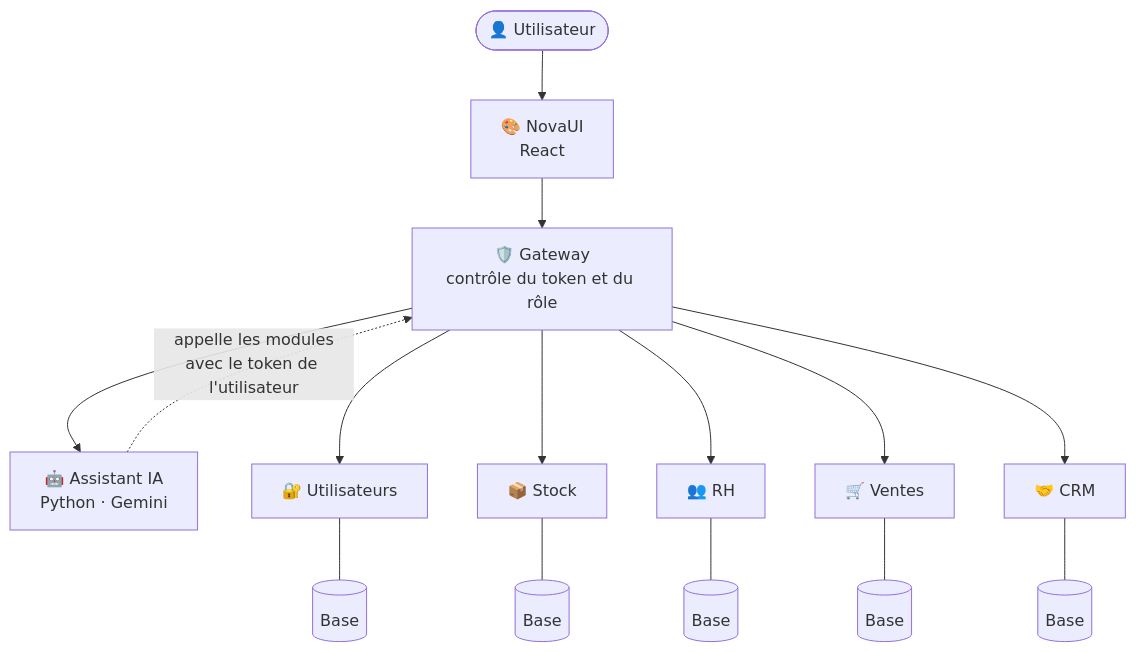
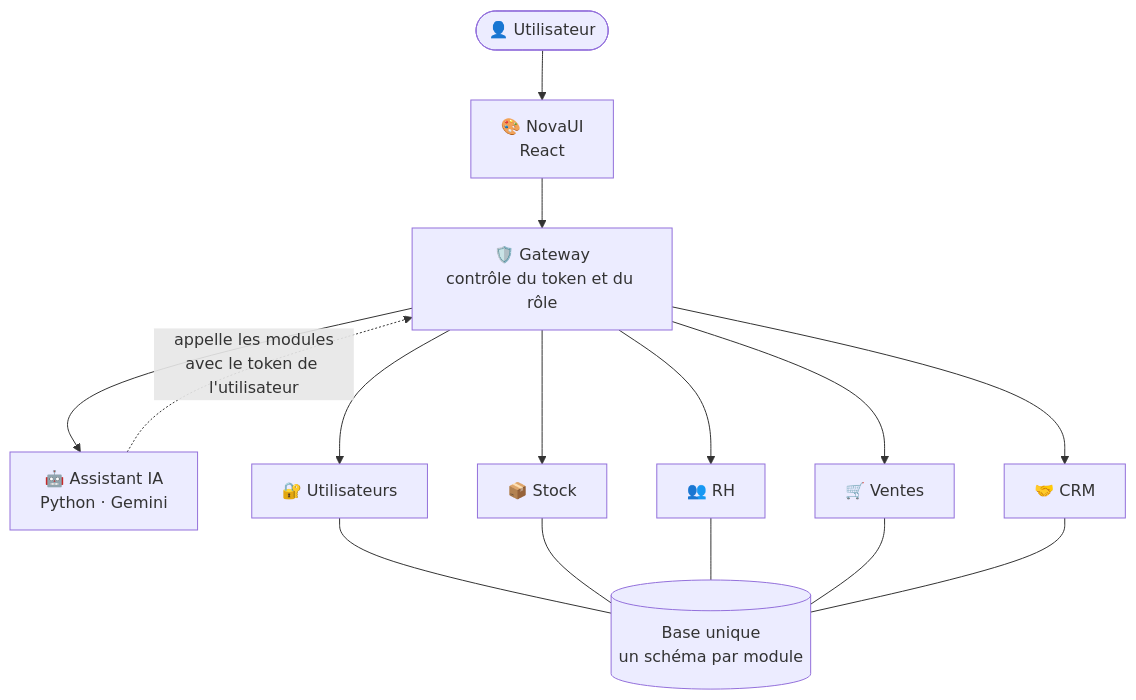
Before and after one commit to josoa24/erp-of-tomorrow: the fourth of 5 diagrams in DOC.md, drawn with Mermaid. The commit also changed other lines of this file and 82 other files, not shown here.

First line of the commit message:
infra: base PostgreSQL unique avec un schema par service, front web unique

````diff
--- a/DOC.md
+++ b/DOC.md
@@ -193,17 +193,17 @@
 ```mermaid
 flowchart TB
     U(["👤 Utilisateur"]) --> UI["🎨 NovaUI<br/>React"]
     UI --> GW["🛡️ Gateway<br/>contrôle du token et du rôle"]
     GW --> AI["🤖 Assistant IA<br/>Python · Gemini"]
     GW --> AUTH["🔐 Utilisateurs"]
     GW --> STOCK["📦 Stock"]
     GW --> RH["👥 RH"]
     GW --> VENTE["🛒 Ventes"]
     GW --> CRM["🤝 CRM"]
     AI -. "appelle les modules<br/>avec le token de l'utilisateur" .-> GW
-    AUTH --- DB1[("Base")]
-    STOCK --- DB2[("Base")]
-    RH --- DB3[("Base")]
-    VENTE --- DB4[("Base")]
-    CRM --- DB5[("Base")]
+    AUTH --- DB[("Base unique<br/>un schéma par module")]
+    STOCK --- DB
+    RH --- DB
+    VENTE --- DB
+    CRM --- DB
 ```
````
